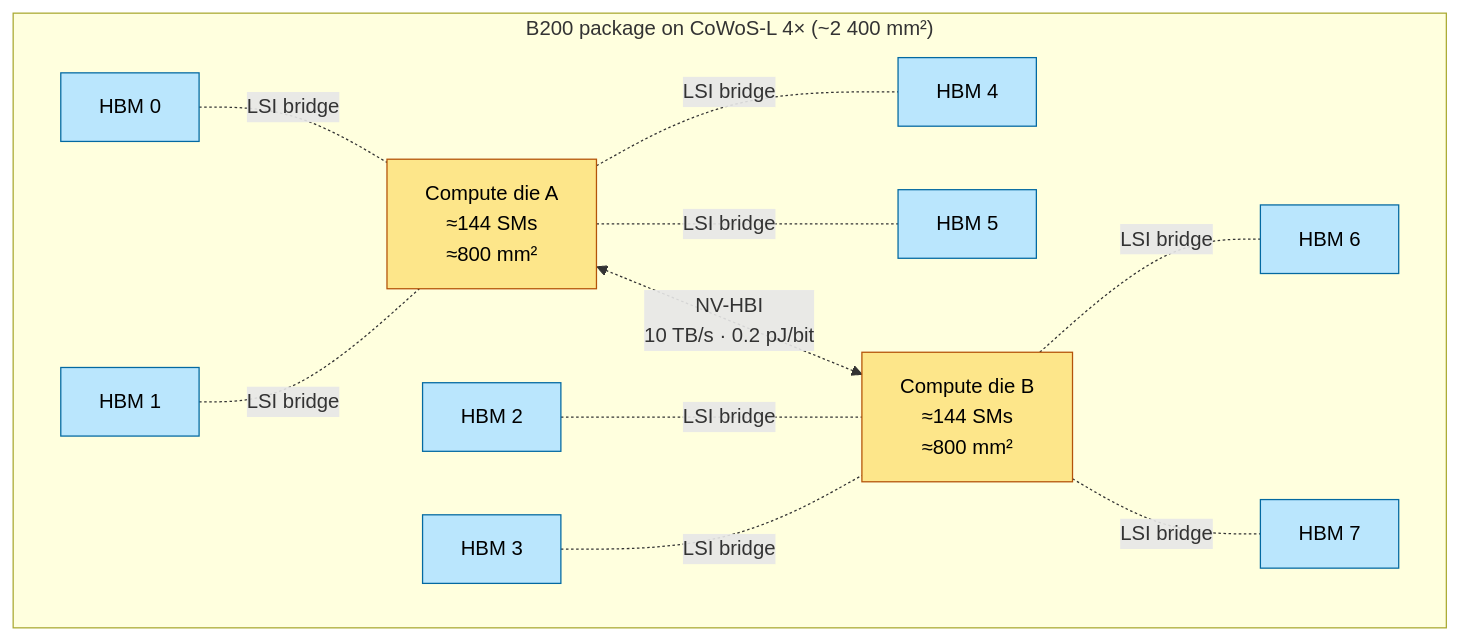
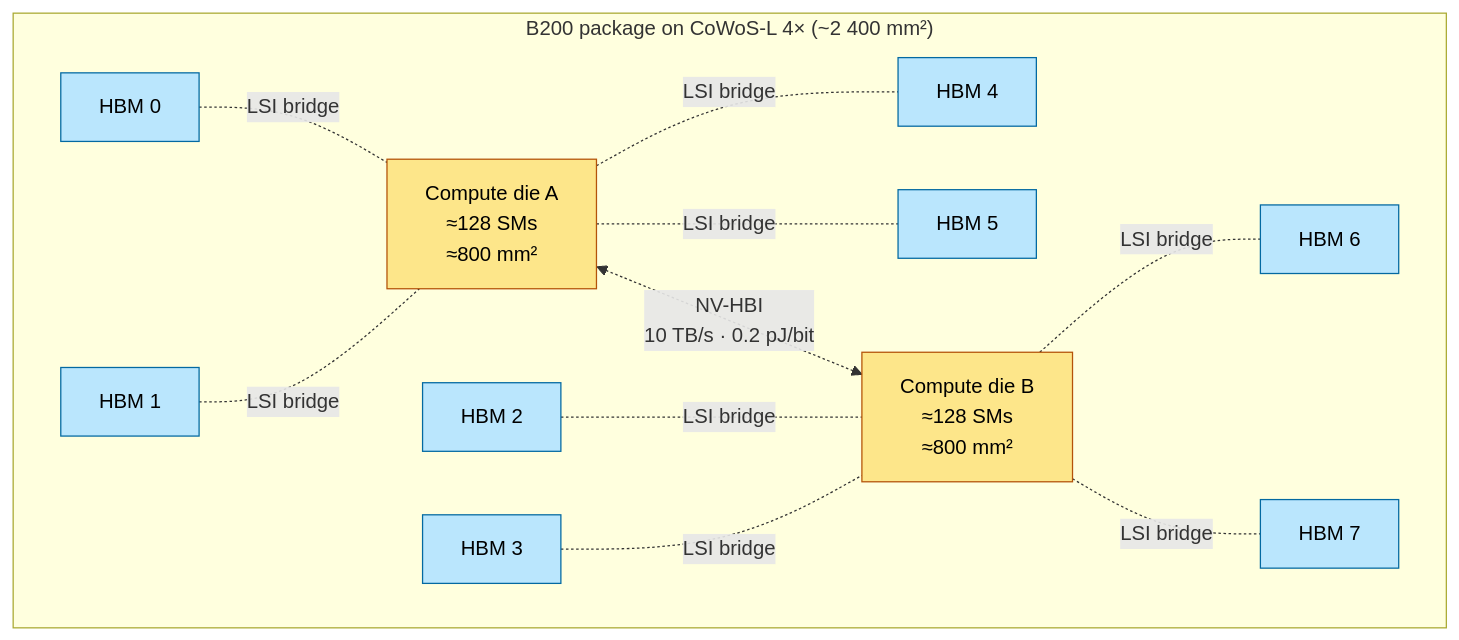
One commit to Wty2003328/ai_infra_intro changed the second of 7 diagrams in ai_infra/L3_Microarchitecture/Blackwell_Architecture.md. Above: the diagram before and after it, drawn with Mermaid. The commit also changed other lines of this file and 62 other files, not shown here.

````diff
--- a/ai_infra/L3_Microarchitecture/Blackwell_Architecture.md
+++ b/ai_infra/L3_Microarchitecture/Blackwell_Architecture.md
@@ -60,27 +60,27 @@
 ```mermaid
 flowchart TD
     subgraph PKG["B200 package on CoWoS-L 4× (~2 400 mm²)"]
         direction LR
         H0[HBM 0]:::hbm
         H1[HBM 1]:::hbm
         H4[HBM 4]:::hbm
         H5[HBM 5]:::hbm
-        DA["Compute die A<br/>≈144 SMs<br/>≈800 mm²"]:::die
-        DB["Compute die B<br/>≈144 SMs<br/>≈800 mm²"]:::die
+        DA["Compute die A<br/>≈128 SMs<br/>≈800 mm²"]:::die
+        DB["Compute die B<br/>≈128 SMs<br/>≈800 mm²"]:::die
         H2[HBM 2]:::hbm
         H3[HBM 3]:::hbm
         H6[HBM 6]:::hbm
         H7[HBM 7]:::hbm
         H0 -. LSI bridge .- DA
         H1 -. LSI bridge .- DA
         DA -. LSI bridge .- H4
         DA -. LSI bridge .- H5
         H2 -. LSI bridge .- DB
         H3 -. LSI bridge .- DB
         DB -. LSI bridge .- H6
         DB -. LSI bridge .- H7
         DA <-. "NV-HBI<br/>10 TB/s · 0.2 pJ/bit" .-> DB
     end
     classDef hbm fill:#bae6fd,stroke:#0369a1,color:#000
     classDef die fill:#fde68a,stroke:#b45309,color:#000
 ```
````
